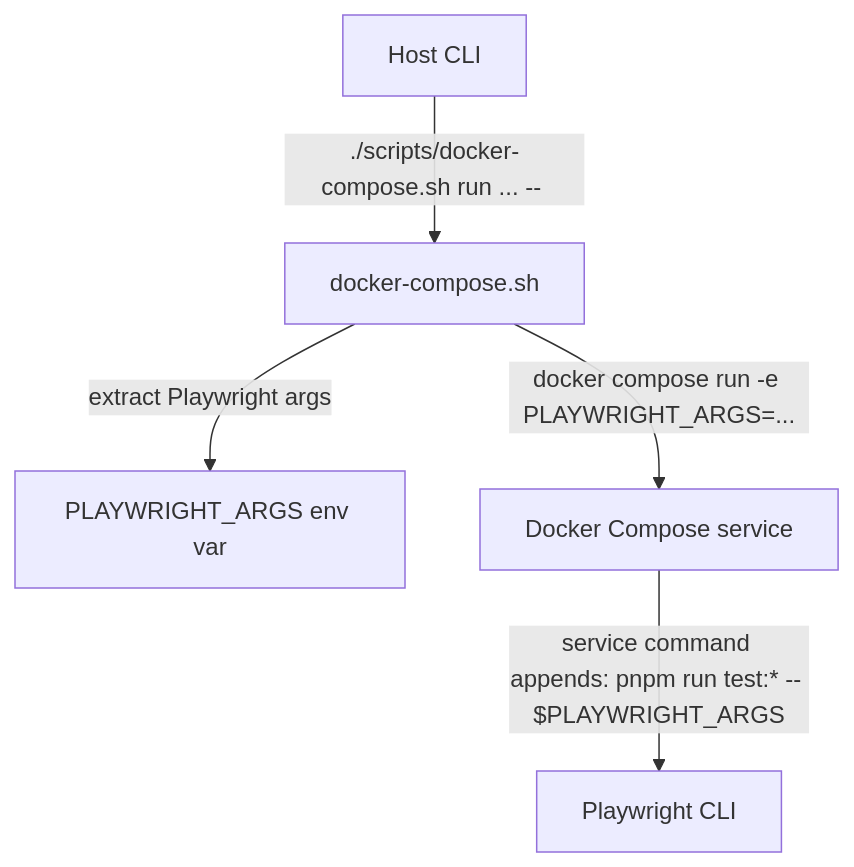
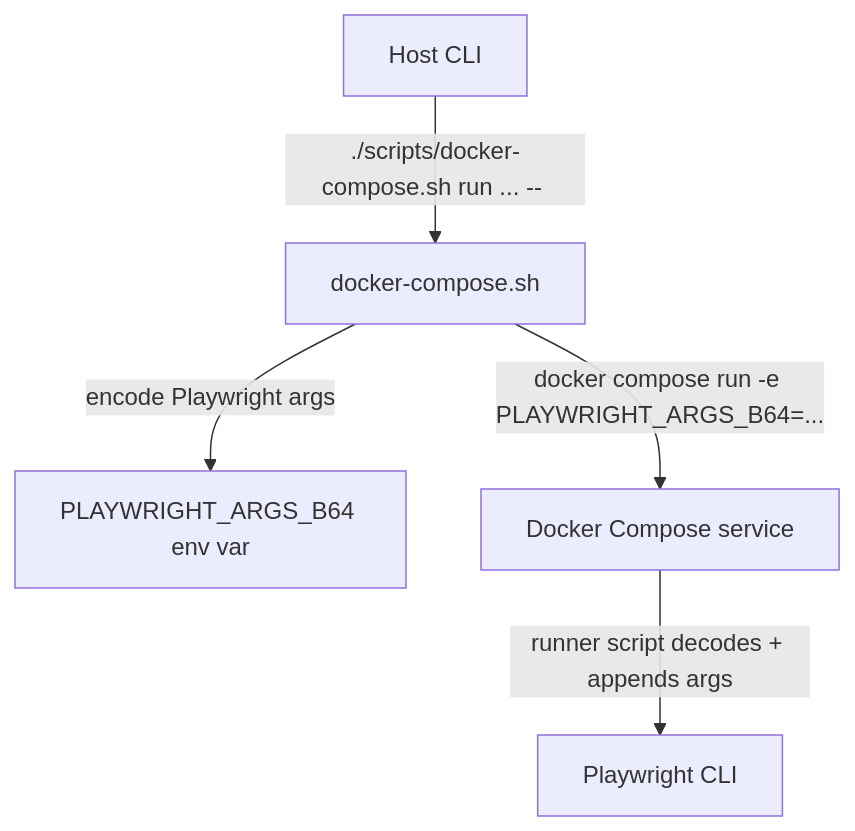
The diagram in docker/README.md (ongov/ontario-design-system), drawn with Mermaid before and after one commit. The commit also changed other lines of this file and 4 other files, not shown here.

First line of the commit message:
feat(docker): forward Playwright args via runner

````diff
--- a/docker/README.md
+++ b/docker/README.md
@@ -104,7 +106,7 @@
 ```mermaid
 flowchart TD
   A[Host CLI] -->|./scripts/docker-compose.sh run ... -- <args>| B[docker-compose.sh]
-  B -->|extract Playwright args| C[PLAYWRIGHT_ARGS env var]
-  B -->|docker compose run -e PLAYWRIGHT_ARGS=...| D[Docker Compose service]
-  D -->|service command appends: pnpm run test:* -- $PLAYWRIGHT_ARGS| E[Playwright CLI]
+  B -->|encode Playwright args| C[PLAYWRIGHT_ARGS_B64 env var]
+  B -->|docker compose run -e PLAYWRIGHT_ARGS_B64=...| D[Docker Compose service]
+  D -->|runner script decodes + appends args| E[Playwright CLI]
 ```
````
